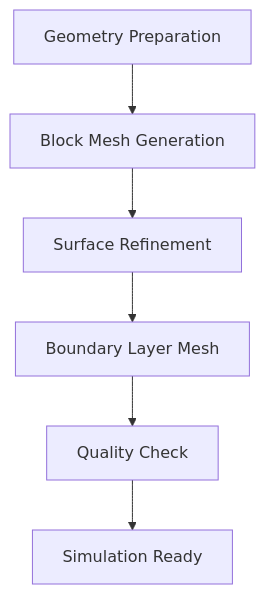
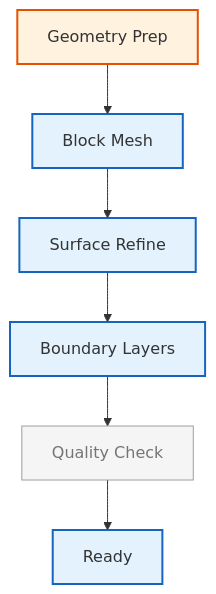
Before and after one commit to wramet/build-my-cfd: the diagram in MODULE_03_SINGLE_PHASE_FLOW/CONTENT/05_PRACTICAL_APPLICATIONS/00_Overview.md, drawn with Mermaid. The commit also changed 313 other files, not shown here.

Commit message:
Revise all diagram

````diff
--- a/MODULE_03_SINGLE_PHASE_FLOW/CONTENT/05_PRACTICAL_APPLICATIONS/00_Overview.md
+++ b/MODULE_03_SINGLE_PHASE_FLOW/CONTENT/05_PRACTICAL_APPLICATIONS/00_Overview.md
@@ -168,8 +168,13 @@
 ```mermaid
 flowchart TD
-    A[Geometry Preparation] --> B[Block Mesh Generation]
-    B --> C[Surface Refinement]
-    C --> D[Boundary Layer Mesh]
-    D --> E[Quality Check]
-    E --> F[Simulation Ready]
+%% Classes
+classDef explicit fill:#fff3e0,stroke:#e65100,stroke-width:2px;
+classDef implicit fill:#e3f2fd,stroke:#1565c0,stroke-width:2px;
+classDef context fill:#f5f5f5,stroke:#9e9e9e,stroke-width:1px,color:#757575;
+%% Nodes
+A[Geometry Prep]:::explicit --> B[Block Mesh]:::implicit
+B --> C[Surface Refine]:::implicit
+C --> D[Boundary Layers]:::implicit
+D --> E[Quality Check]:::context
+E --> F[Ready]:::implicit
 ```
````
